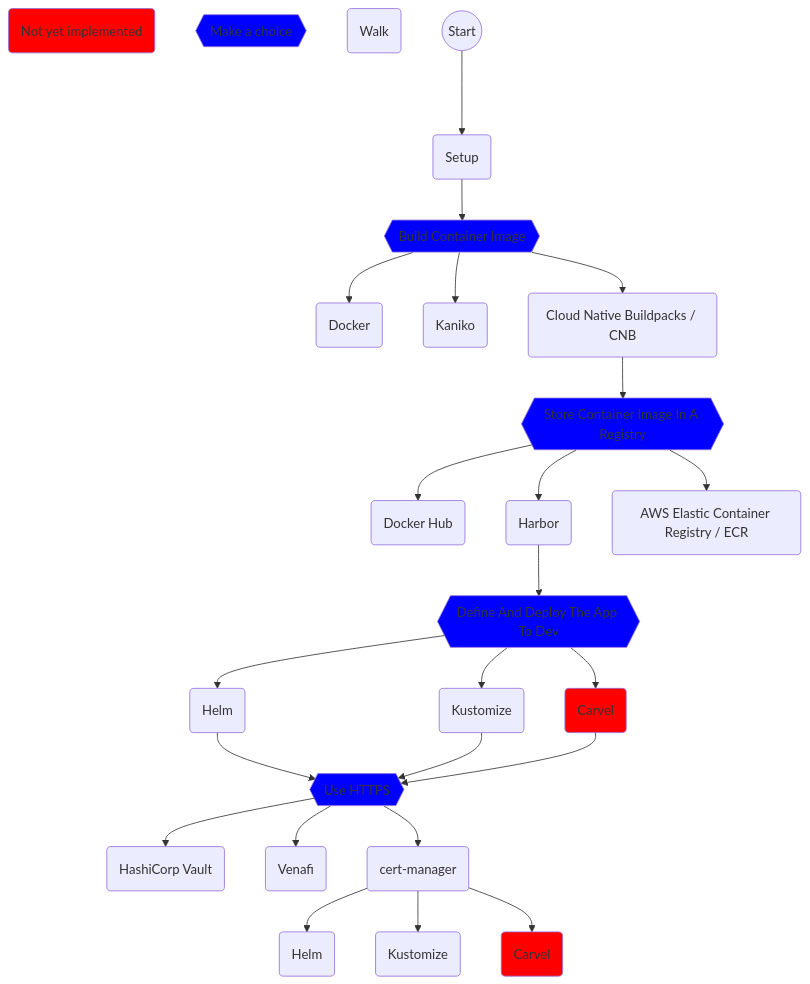
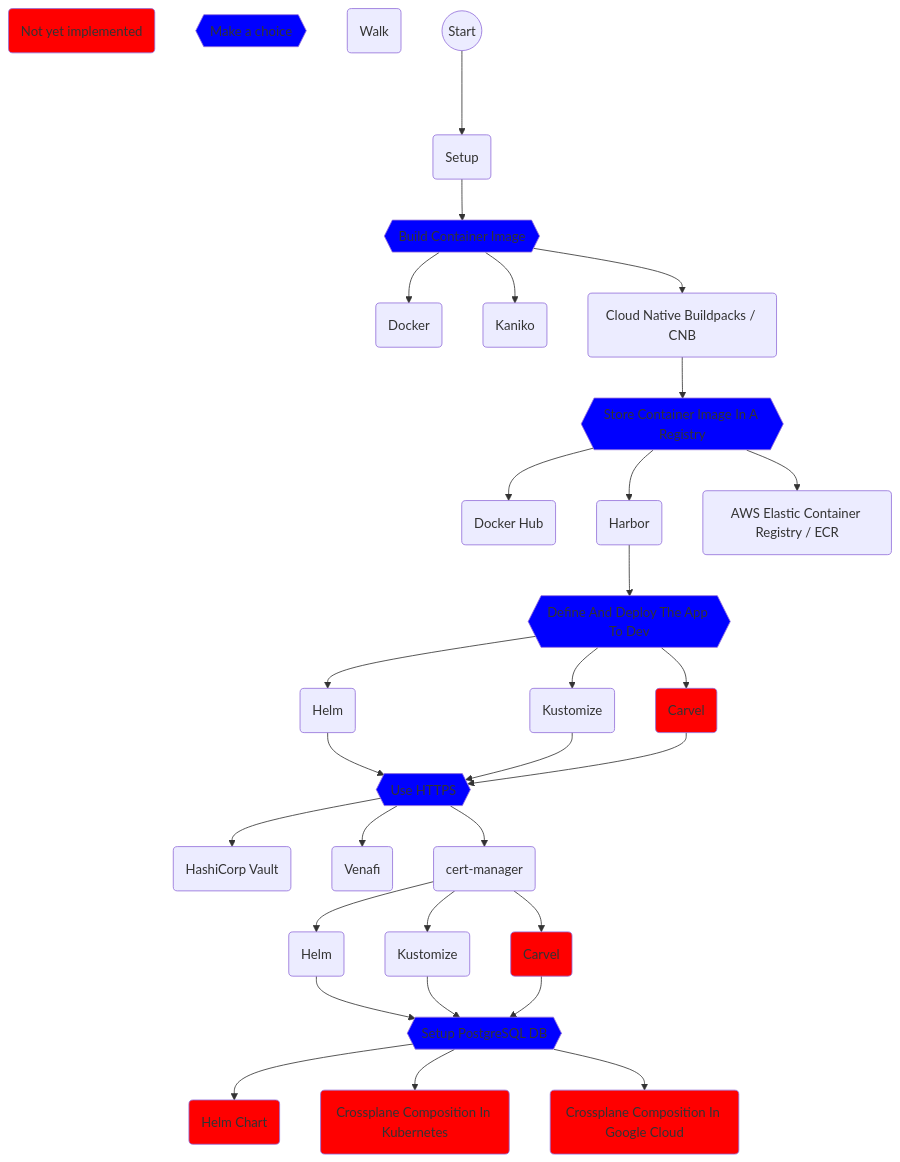
The diagram in solution.md (vfarcic/cncf-demo), drawn with Mermaid before and after one commit. The commit also changed 4 other files, not shown here.

````diff
--- a/solution.md
+++ b/solution.md
@@ -14,45 +14,45 @@
     start--->setup
 
     setup(Setup);
-    click setup "vfarcic/cncf-demo/blob/main/manuscript/setup.md"
+    click setup "vfarcic/cncf-demo/blob/main/manuscript/setup.md" _blank
 
     setup-->bci
 
     bci{{Build Container Image}}
-    click bci "vfarcic/cncf-demo/blob/main/manuscript/build-container-image/story.md"
+    click bci "vfarcic/cncf-demo/blob/main/manuscript/build-container-image/story.md" _blank
     style bci fill:blue
     bci1(Docker)
-    click bci1 "vfarcic/cncf-demo/blob/main/manuscript/build-container-image/docker.md"
+    click bci1 "vfarcic/cncf-demo/blob/main/manuscript/build-container-image/docker.md" _blank
     bci2(Kaniko)
-    click bci2 "vfarcic/cncf-demo/blob/main/manuscript/build-container-image/kaniko.md"
+    click bci2 "vfarcic/cncf-demo/blob/main/manuscript/build-container-image/kaniko.md" _blank
     bci3(Cloud Native Buildpacks / CNB)
-    click bci3 "vfarcic/cncf-demo/blob/main/manuscript/build-container-image/buildpacks.md"
+    click bci3 "vfarcic/cncf-demo/blob/main/manuscript/build-container-image/buildpacks.md" _blank
 
     bci-->bci1;
     bci-->bci2;
     bci-->bci3-->registry;
 
     registry{{Store Container Image In A Registry}}
-    click registry "vfarcic/cncf-demo/blob/main/manuscript/registry/story.md"
+    click registry "vfarcic/cncf-demo/blob/main/manuscript/registry/story.md" _blank
     style registry fill:blue
     registry1(Docker Hub)
-    click registry1 "vfarcic/cncf-demo/blob/main/manuscript/registry/docker-hub.md"
+    click registry1 "vfarcic/cncf-demo/blob/main/manuscript/registry/docker-hub.md" _blank
     registry2(Harbor)
-    click registry2 "vfarcic/cncf-demo/blob/main/manuscript/registry/harbor.md"
+    click registry2 "vfarcic/cncf-demo/blob/main/manuscript/registry/harbor.md" _blank
     registry3(AWS Elastic Container Registry / ECR)
-    click registry3 "vfarcic/cncf-demo/blob/main/manuscript/registry/ecr.md"
+    click registry3 "vfarcic/cncf-demo/blob/main/manuscript/registry/ecr.md" _blank
 
     registry-->registry1;
     registry-->registry2-->ddd;
     registry-->registry3;
 
     ddd{{Define And Deploy The App To Dev}}
-    click ddd "vfarcic/cncf-demo/blob/main/manuscript/define-deploy-dev/story.md"
+    click ddd "vfarcic/cncf-demo/blob/main/manuscript/define-deploy-dev/story.md" _blank
     style ddd fill:blue
     ddd1(Helm)
-    click ddd1 "vfarcic/cncf-demo/blob/main/manuscript/define-deploy-dev/helm.md"
+    click ddd1 "vfarcic/cncf-demo/blob/main/manuscript/define-deploy-dev/helm.md" _blank
     ddd2(Kustomize)
-    click ddd2 "vfarcic/cncf-demo/blob/main/manuscript/define-deploy-dev/kustomize.md"
+    click ddd2 "vfarcic/cncf-demo/blob/main/manuscript/define-deploy-dev/kustomize.md" _blank
     ddd3(Carvel)
     style ddd3 fill:red
 
@@ -61,25 +61,42 @@
     ddd-->ddd3-->https;
 
     https{{Use HTTPS}}
-    click https "vfarcic/cncf-demo/blob/main/manuscript/https/story.md"
+    click https "vfarcic/cncf-demo/blob/main/manuscript/https/story.md" _blank
     style https fill:blue
     https1(HashiCorp Vault)
-    click https1 "vfarcic/cncf-demo/blob/main/manuscript/https/vault.md"
+    click https1 "vfarcic/cncf-demo/blob/main/manuscript/https/vault.md" _blank
     https2(Venafi)
-    click https2 "vfarcic/cncf-demo/blob/main/manuscript/https/venafi.md"
+    click https2 "vfarcic/cncf-demo/blob/main/manuscript/https/venafi.md" _blank
     https3(cert-manager)
-    click https3 "vfarcic/cncf-demo/blob/main/manuscript/https/cert-manager.md"
+    click https3 "vfarcic/cncf-demo/blob/main/manuscript/https/cert-manager.md" _blank
     https3-helm(Helm)
-    click https3-helm "vfarcic/cncf-demo/blob/main/manuscript/https/cert-manager-helm.md"
+    click https3-helm "vfarcic/cncf-demo/blob/main/manuscript/https/cert-manager-helm.md" _blank
     https3-kustomize(Kustomize)
-    click https3-kustomize "vfarcic/cncf-demo/blob/main/manuscript/https/cert-manager-kustomize.md"
+    click https3-kustomize "vfarcic/cncf-demo/blob/main/manuscript/https/cert-manager-kustomize.md" _blank
     https3-carvel(Carvel)
     style https3-carvel fill:red
 
     https-->https1;
     https-->https2;
     https-->https3;
-    https3-->https3-helm;
-    https3-->https3-kustomize;
-    https3-->https3-carvel;
+    https3-->https3-helm-->db;
+    https3-->https3-kustomize-->db;
+    https3-->https3-carvel-->db;
+
+    db{{Setup PostgreSQL DB}}
+    click db "vfarcic/cncf-demo/blob/main/manuscript/db/story.md" _blank
+    style db fill:blue
+    db-helm(Helm Chart)
+    click db-helm "vfarcic/cncf-demo/blob/main/manuscript/db/helm.md" _blank
+    style db-helm fill:red
+    db-crossplane-local(Crossplane Composition In Kubernetes)
+    click db-crossplane-local "vfarcic/cncf-demo/blob/main/manuscript/db/crossplane-local.md" _blank
+    style db-crossplane-local fill:red
+    db-crossplane-google(Crossplane Composition In Google Cloud)
+    click db-crossplane-google "vfarcic/cncf-demo/blob/main/manuscript/db/crossplane-google.md" _blank
+    style db-crossplane-google fill:red
+
+    db-->db-helm;
+    db-->db-crossplane-local;
+    db-->db-crossplane-google;
 ```
````
